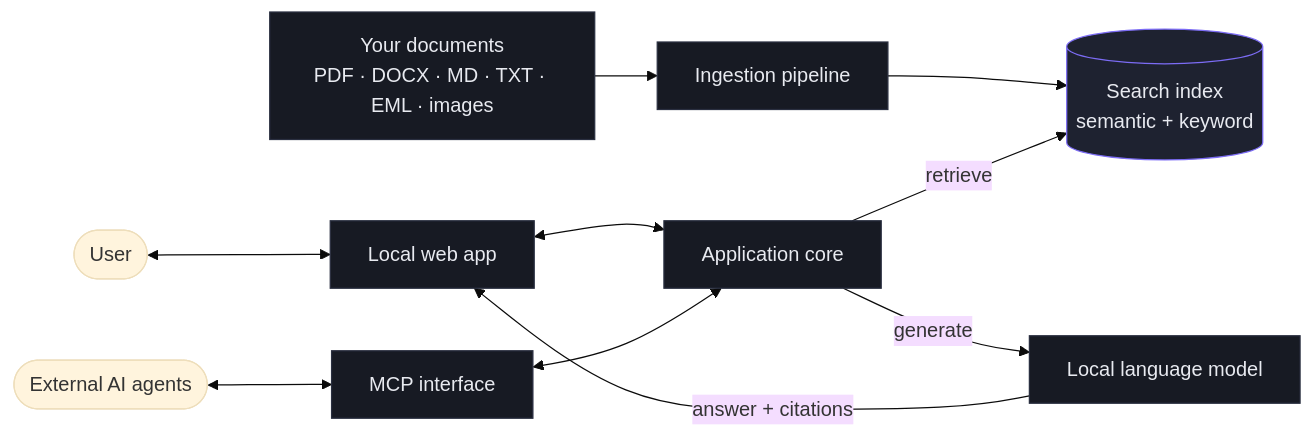
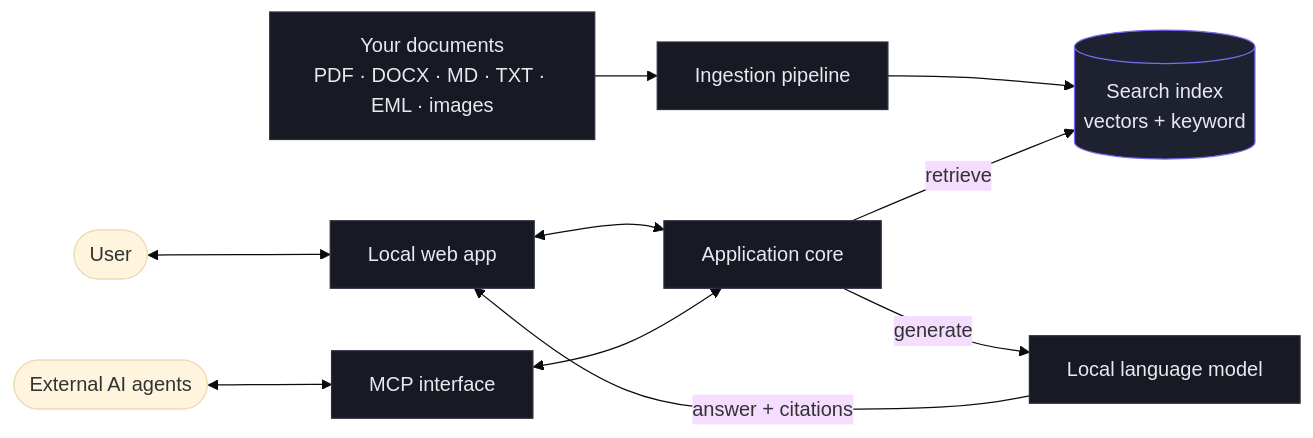
One commit to LorenzoBoschi/BrAIn changed the diagram in README.md. Above: the diagram before and after it, drawn with Mermaid (base theme). The commit also changed other lines of this file and 2 other files, not shown here.

````diff
--- a/README.md
+++ b/README.md
@@ -20,19 +33,19 @@
 ```mermaid
 flowchart LR
     Docs["Your documents<br/>PDF · DOCX · MD · TXT · EML · images"] --> Ingest["Ingestion pipeline"]
-    Ingest --> Index[("Search index<br/>semantic + keyword")]
+    Ingest --> Index[("Search index<br/>vectors + keyword")]
 
     User(["User"]) <--> UI["Local web app"]
     UI <--> Core["Application core"]
     Core -->|retrieve| Index
     Core -->|generate| LLM["Local language model"]
     LLM -->|answer + citations| UI
 
     Agents(["External AI agents"]) <--> MCP["MCP interface"]
     MCP <--> Core
 
     classDef store fill:#1e2230,stroke:#7c6cf5,color:#e8eaf0;
     classDef box fill:#171a23,stroke:#2a2f40,color:#e8eaf0;
     class Docs,Ingest,UI,Core,LLM,MCP box;
     class Index store;
 ```
````
